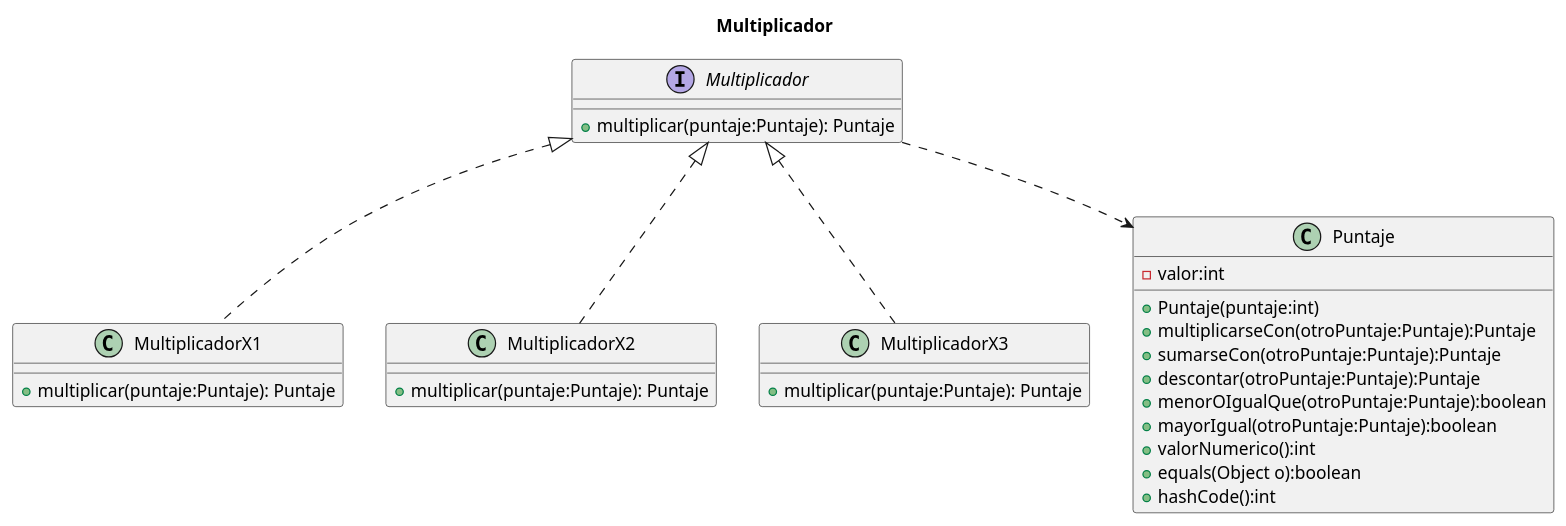
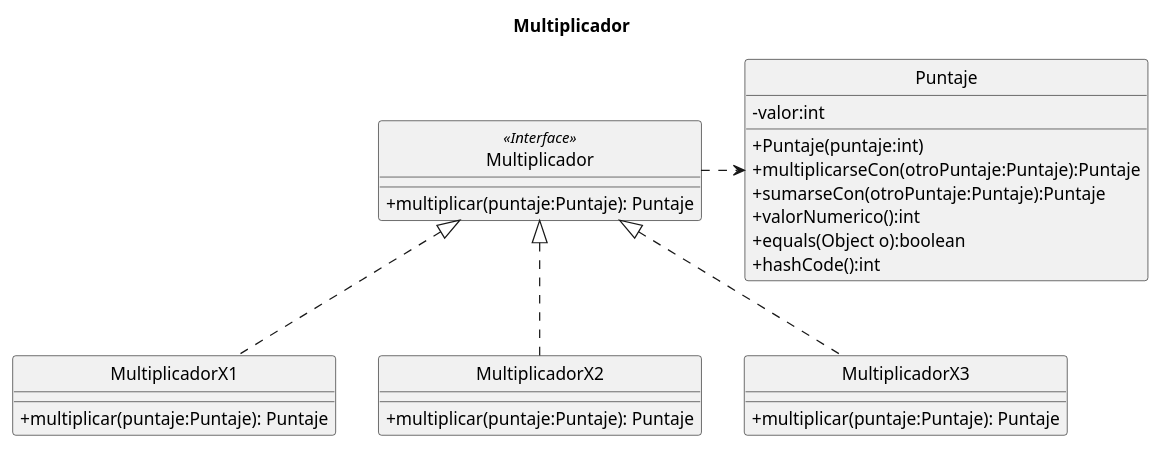
One commit to TomasContessi/g12-tp2-1c-2024 changed the diagram in diagramas/clases/diagramaDeClasesMultiplicadores.puml. Above: the diagram before and after it, drawn with PlantUML. The commit also changed 31 other files, not shown here.

Commit message:
Agrego un diagrama y algunas correcciones

```diff
--- a/diagramas/clases/diagramaDeClasesMultiplicadores.puml
+++ b/diagramas/clases/diagramaDeClasesMultiplicadores.puml
@@ -1,43 +1,43 @@
 @startuml
-'https://plantuml.com/class-diagram
 
+skinparam monochrome true
+hide circle
+skinparam classAttributeIconSize 0
 
 title "Multiplicador"
 
-interface Multiplicador {
+class Multiplicador {
     + multiplicar(puntaje:Puntaje): Puntaje
 }
 
 class MultiplicadorX1 {
     + multiplicar(puntaje:Puntaje): Puntaje
 }
 
 class MultiplicadorX2 {
     + multiplicar(puntaje:Puntaje): Puntaje
 }
 
 class MultiplicadorX3 {
     + multiplicar(puntaje:Puntaje): Puntaje
 }
 
 class Puntaje {
     - valor:int
     + Puntaje(puntaje:int)
     + multiplicarseCon(otroPuntaje:Puntaje):Puntaje
     + sumarseCon(otroPuntaje:Puntaje):Puntaje
-    + descontar(otroPuntaje:Puntaje):Puntaje
-    + menorOIgualQue(otroPuntaje:Puntaje):boolean
-    + mayorIgual(otroPuntaje:Puntaje):boolean
-    + valorNumerico():int 
+    + valorNumerico():int
     + equals(Object o):boolean
     + hashCode():int
 }
 
+Multiplicador <<Interface>>
 Multiplicador <|.. MultiplicadorX1
 Multiplicador <|.. MultiplicadorX2
 Multiplicador <|.. MultiplicadorX3
-Multiplicador ..> Puntaje
+Multiplicador .right.> Puntaje
 
 
 
 @enduml
```
